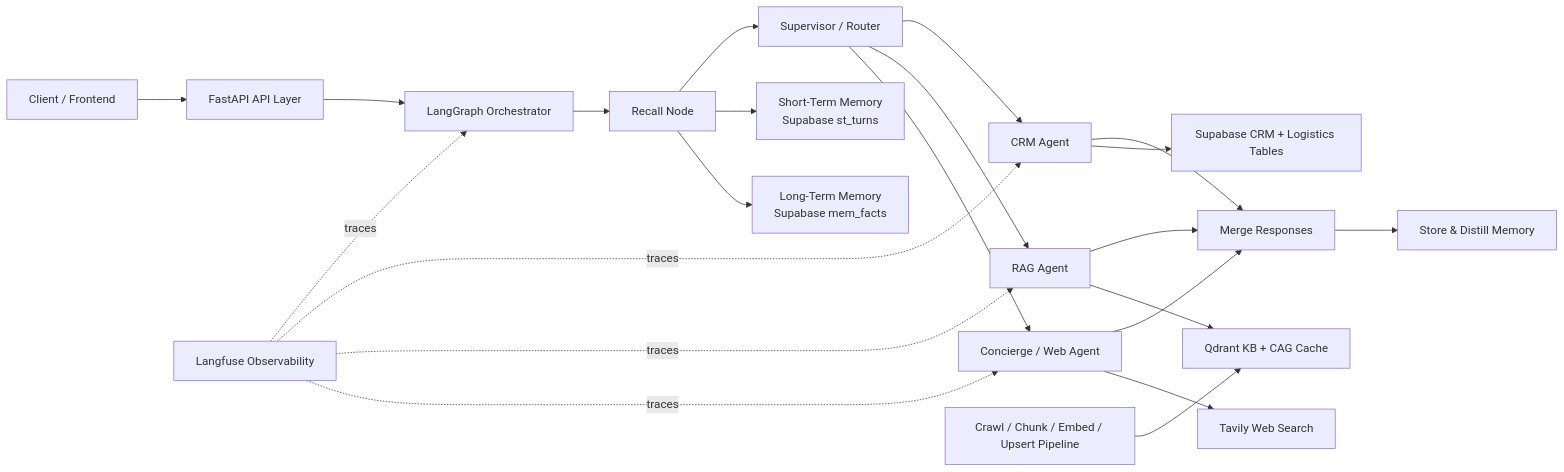
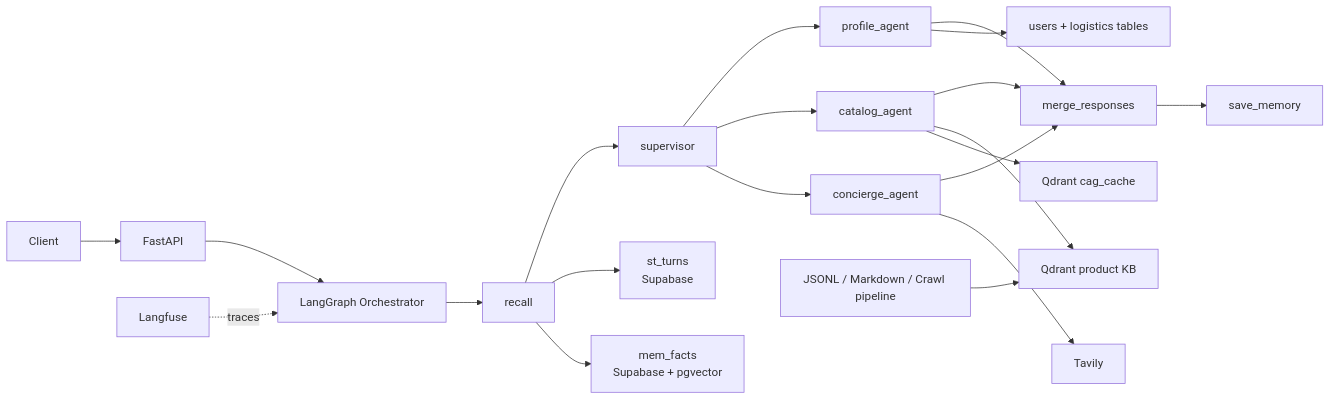
Before and after one commit to thilankadw/Kapruka_Gift_Concierge_Agent_-_Personalized_AI_Agent: the diagram in README.md, drawn with Mermaid. The commit also changed other lines of this file, not shown here.

````diff
--- a/README.md
+++ b/README.md
@@ -46,30 +53,28 @@
 ```mermaid
 flowchart LR
-    U[Client / Frontend] --> API[FastAPI API Layer]
-    API --> LG[LangGraph Orchestrator]
+    C[Client] --> API[FastAPI]
+    API --> G[LangGraph Orchestrator]
 
-    LG --> R1[Recall Node]
-    R1 --> SUP[Supervisor / Router]
+    G --> R[recall]
+    R --> S[supervisor]
 
-    SUP --> CRM[CRM Agent]
-    SUP --> RAG[RAG Agent]
-    SUP --> WEB[Concierge / Web Agent]
+    S --> P[profile_agent]
+    S --> K[catalog_agent]
+    S --> Q[concierge_agent]
 
-    CRM --> MERGE[Merge Responses]
-    RAG --> MERGE
-    WEB --> MERGE
-    MERGE --> SAVE[Store & Distill Memory]
+    P --> M[merge_responses]
+    K --> M
+    Q --> M
+    M --> W[save_memory]
 
-    R1 --> STM[Short-Term Memory<br/>Supabase st_turns]
-    R1 --> LTM[Long-Term Memory<br/>Supabase mem_facts]
+    R --> ST[st_turns<br/>Supabase]
+    R --> LT[mem_facts<br/>Supabase + pgvector]
 
-    CRM --> CRMDB[Supabase CRM + Logistics Tables]
-    RAG --> QDRANT[Qdrant KB + CAG Cache]
-    WEB --> TAVILY[Tavily Web Search]
+    P --> CRM[users + logistics tables]
+    K --> KB[Qdrant product KB]
+    K --> CACHE[Qdrant cag_cache]
+    Q --> WEB[Tavily]
 
-    INGEST[Crawl / Chunk / Embed / Upsert Pipeline] --> QDRANT
-    OBS[Langfuse Observability] -. traces .-> LG
-    OBS -. traces .-> CRM
-    OBS -. traces .-> RAG
-    OBS -. traces .-> WEB
+    INGEST[JSONL / Markdown / Crawl pipeline] --> KB
+    OBS[Langfuse] -. traces .-> G
 ```
````
